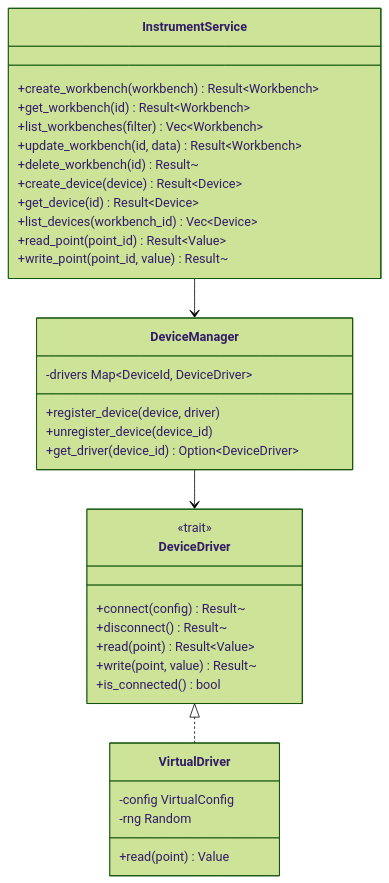
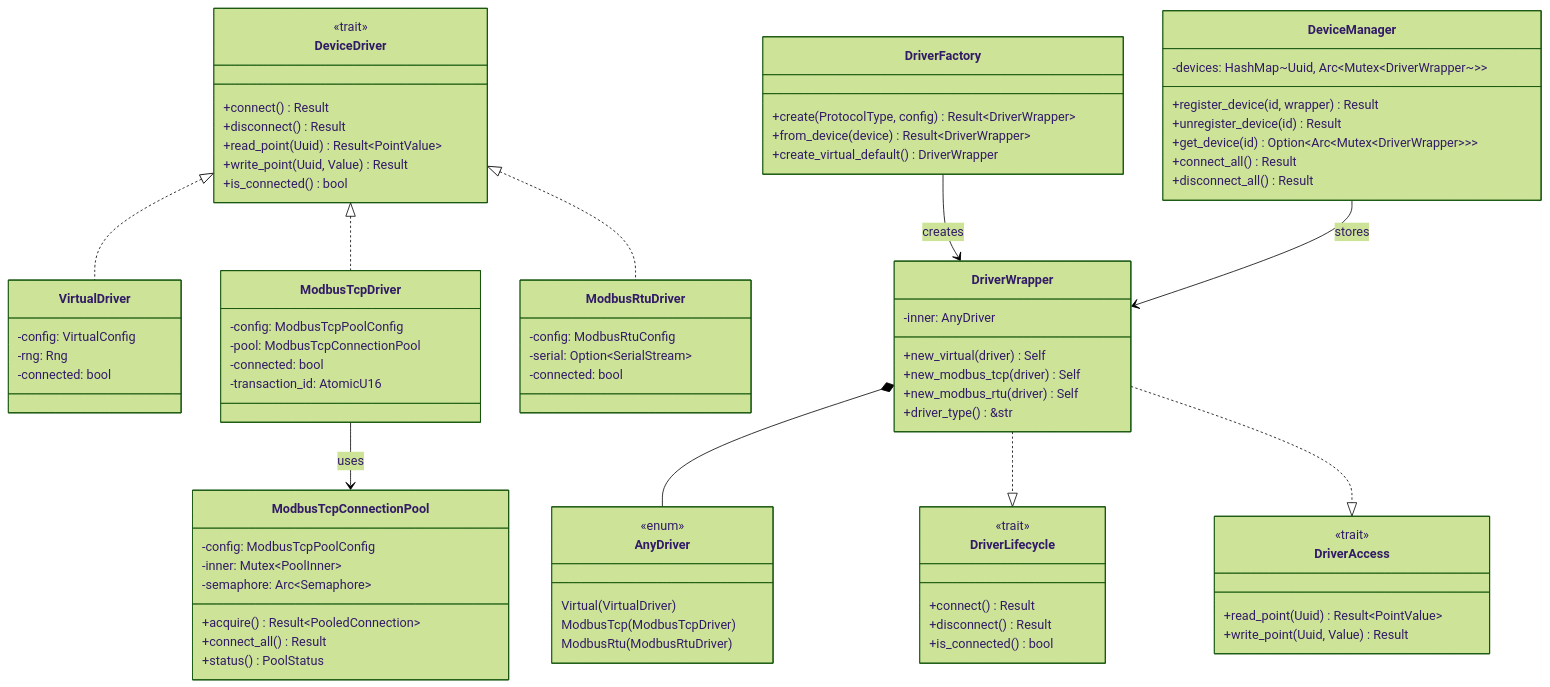
Before and after one commit to hoolheart/kayak: the second of 6 diagrams in arch.md, drawn with Mermaid (forest theme). The commit also changed other lines of this file, not shown here.

First line of the commit message:
docs: update arch.md to reflect Release 1 architecture (v1.2)

````diff
--- a/arch.md
+++ b/arch.md
@@ -228,41 +368,95 @@
 ```mermaid
 classDiagram
-    class InstrumentService {
-        +create_workbench(workbench) Result~Workbench~
-        +get_workbench(id) Result~Workbench~
-        +list_workbenches(filter) Vec~Workbench~
-        +update_workbench(id, data) Result~Workbench~
-        +delete_workbench(id) Result~
-        +create_device(device) Result~Device~
-        +get_device(id) Result~Device~
-        +list_devices(workbench_id) Vec~Device~
-        +read_point(point_id) Result~Value~
-        +write_point(point_id, value) Result~
-    }
-    
     class DeviceDriver {
         <<trait>>
-        +connect(config) Result~
-        +disconnect() Result~
-        +read(point) Result~Value~
-        +write(point, value) Result~
+        +connect() Result
+        +disconnect() Result
+        +read_point(Uuid) Result~PointValue~
+        +write_point(Uuid, Value) Result
         +is_connected() bool
     }
-    
+
+    class DriverLifecycle {
+        <<trait>>
+        +connect() Result
+        +disconnect() Result
+        +is_connected() bool
+    }
+
+    class DriverAccess {
+        <<trait>>
+        +read_point(Uuid) Result~PointValue~
+        +write_point(Uuid, Value) Result
+    }
+
+    class AnyDriver {
+        <<enum>>
+        Virtual(VirtualDriver)
+        ModbusTcp(ModbusTcpDriver)
+        ModbusRtu(ModbusRtuDriver)
+    }
+
+    class DriverWrapper {
+        -inner: AnyDriver
+        +new_virtual(driver) Self
+        +new_modbus_tcp(driver) Self
+        +new_modbus_rtu(driver) Self
+        +driver_type() &str
+    }
+
+    class DriverFactory {
+        +create(ProtocolType, config) Result~DriverWrapper~
+        +from_device(device) Result~DriverWrapper~
+        +create_virtual_default() DriverWrapper
+    }
+
+    class DeviceManager {
+        -devices: HashMap~Uuid, Arc~Mutex~DriverWrapper~~~
+        +register_device(id, wrapper) Result
+        +unregister_device(id) Result
+        +get_device(id) Option~Arc~Mutex~DriverWrapper~~~
+        +connect_all() Result
+        +disconnect_all() Result
+    }
+
     class VirtualDriver {
-        -config VirtualConfig
-        -rng Random
-        +read(point) Value
+        -config: VirtualConfig
+        -rng: Rng
+        -connected: bool
     }
-    
-    class DeviceManager {
-        -drivers Map~DeviceId, DeviceDriver~
-        +register_device(device, driver)
-        +unregister_device(device_id)
-        +get_driver(device_id) Option~DeviceDriver~
+
+    class ModbusTcpDriver {
+        -config: ModbusTcpPoolConfig
+        -pool: ModbusTcpConnectionPool
+        -connected: bool
+        -transaction_id: AtomicU16
     }
-    
-    InstrumentService --> DeviceManager
-    DeviceManager --> DeviceDriver
+
+    class ModbusRtuDriver {
+        -config: ModbusRtuConfig
+        -serial: Option~SerialStream~
+        -connected: bool
+    }
+
+    class ModbusTcpConnectionPool {
+        -config: ModbusTcpPoolConfig
+        -inner: Mutex~PoolInner~
+        -semaphore: Arc~Semaphore~
+        +acquire() Result~PooledConnection~
+        +connect_all() Result
+        +status() PoolStatus
+    }
+
     DeviceDriver <|.. VirtualDriver
+    DeviceDriver <|.. ModbusTcpDriver
+    DeviceDriver <|.. ModbusRtuDriver
+
+    DriverWrapper *-- AnyDriver
+    DriverWrapper ..|> DriverLifecycle
+    DriverWrapper ..|> DriverAccess
+
+    DriverFactory --> DriverWrapper : creates
+    DeviceManager --> DriverWrapper : stores
+
+    ModbusTcpDriver --> ModbusTcpConnectionPool : uses
 ```
````
